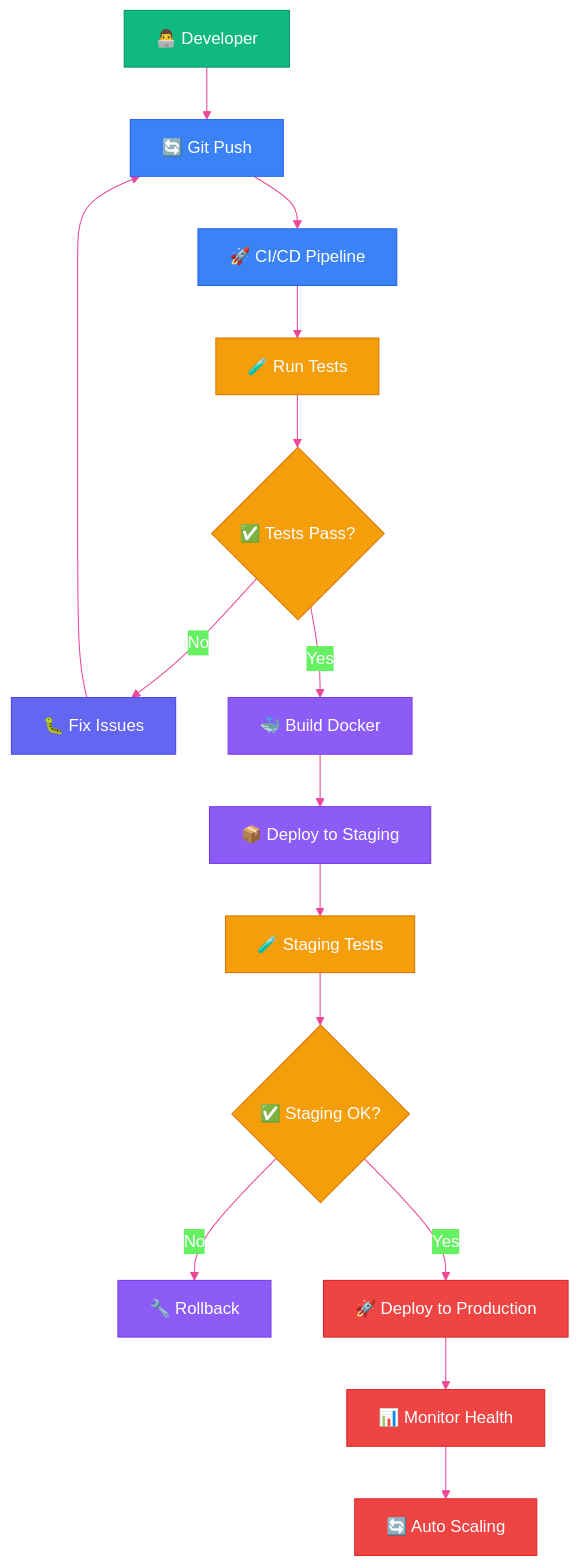
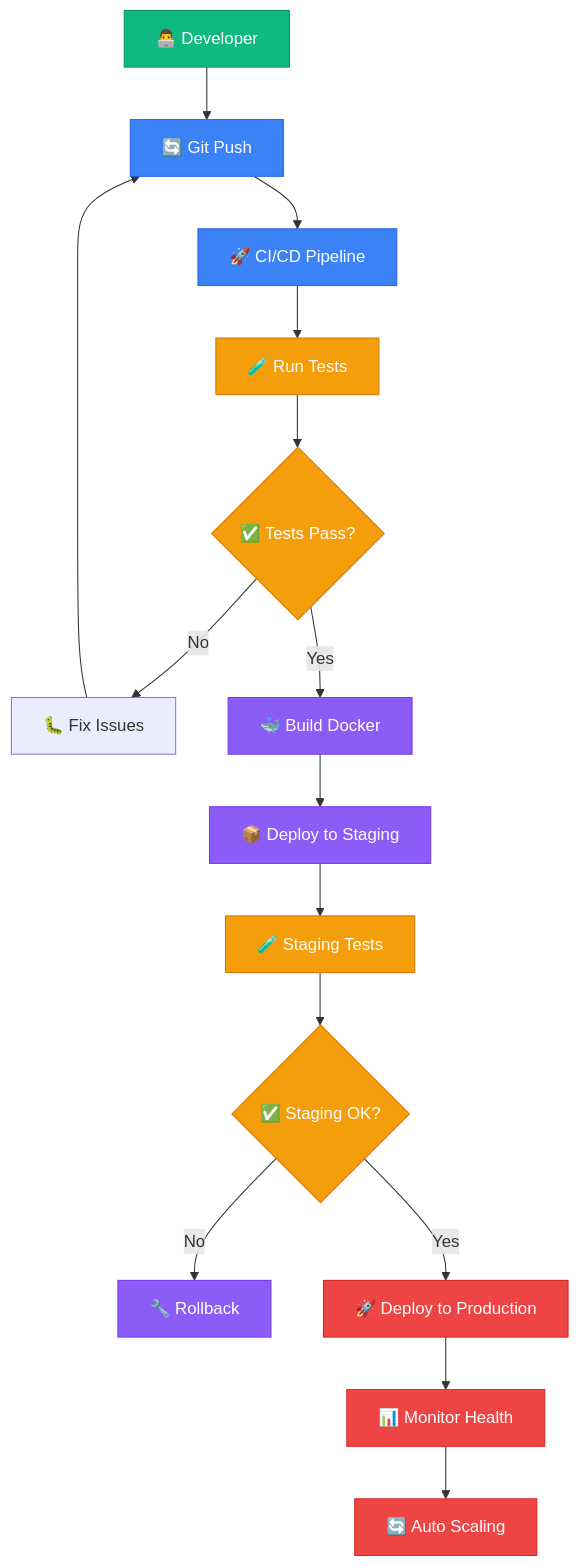
Before and after one commit to AARVAK-VSET/campus-flow: the tenth of 10 diagrams in README.md, drawn with Mermaid. The commit also changed other lines of this file, not shown here.

Commit message:
fix(docs): format mermaid diagrams for GitHub markdown rendering compatibility

````diff
--- a/README.md
+++ b/README.md
@@ -647,40 +506,29 @@
 ```mermaid
-%%{init: {
-  'theme': 'base',
-  'themeVariables': {
-    'primaryColor': '#6366f1',
-    'primaryTextColor': '#ffffff',
-    'primaryBorderColor': '#4f46e5',
-    'lineColor': '#ec4899',
-    'sectionBkgColor': '#1e293b',
-    'altSectionBkgColor': '#334155'
-  }
-}}%%
 flowchart TD
     A[👨‍💻 Developer] --> B[🔄 Git Push]
     B --> C[🚀 CI/CD Pipeline]
     C --> D[🧪 Run Tests]
     D --> E{✅ Tests Pass?}
     E -->|No| F[🐛 Fix Issues]
     F --> B
     E -->|Yes| G[🐳 Build Docker]
     G --> H[📦 Deploy to Staging]
     H --> I[🧪 Staging Tests]
     I --> J{✅ Staging OK?}
     J -->|No| K[🔧 Rollback]
     J -->|Yes| L[🚀 Deploy to Production]
     L --> M[📊 Monitor Health]
     M --> N[🔄 Auto Scaling]
     
     classDef dev fill:#10b981,stroke:#059669,color:#ffffff
     classDef pipeline fill:#3b82f6,stroke:#2563eb,color:#ffffff
     classDef test fill:#f59e0b,stroke:#d97706,color:#ffffff
     classDef deploy fill:#8b5cf6,stroke:#7c3aed,color:#ffffff
     classDef prod fill:#ef4444,stroke:#dc2626,color:#ffffff
     
     class A dev
     class B,C pipeline
     class D,E,I,J test
     class G,H,K deploy
     class L,M,N prod
 ```
````
